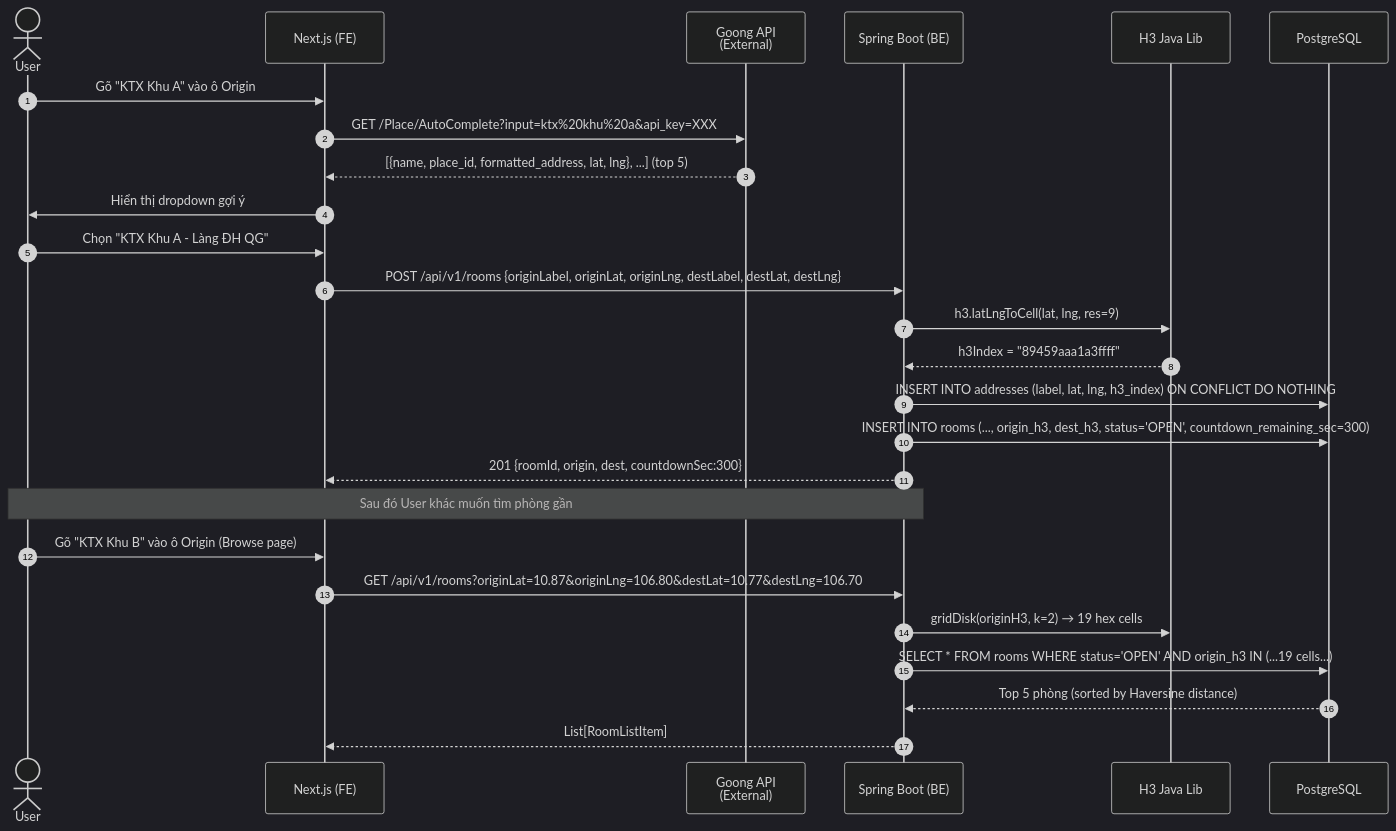
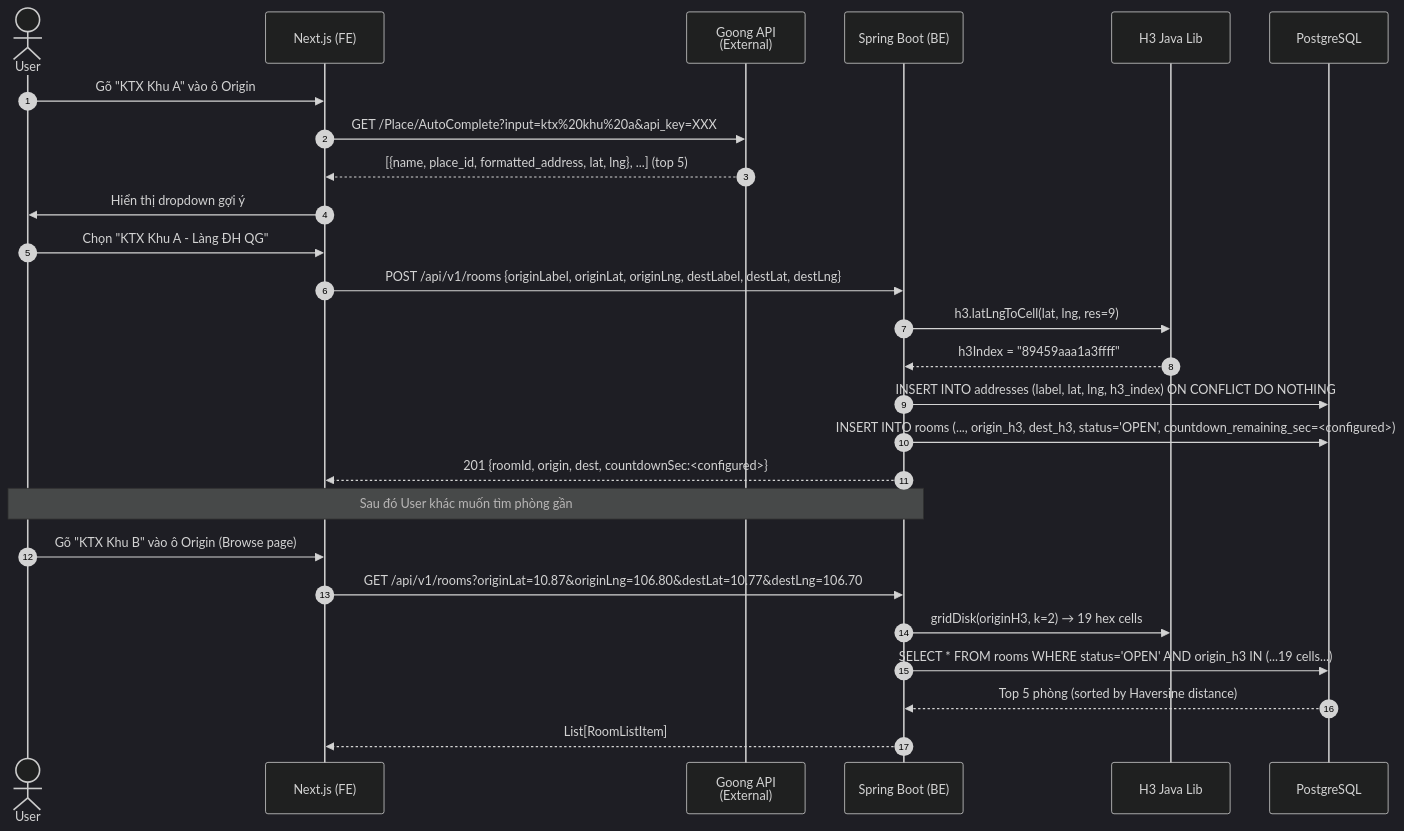
Before and after one commit to Quoocshi/Grab_Future_Hackathon_Team_F: the sixth of 6 diagrams in docs/hub-ride-architecture.md, drawn with Mermaid (dark theme). The commit also changed other lines of this file, not shown here.

Commit message:
docs: Update countdown configuration to allow dynamic time settings for room service

````diff
--- a/docs/hub-ride-architecture.md
+++ b/docs/hub-ride-architecture.md
@@ -774,31 +775,31 @@
 ```mermaid
 sequenceDiagram
     autonumber
     actor User
     participant FE as Next.js (FE)
     participant Goong as Goong API<br/>(External)
     participant BE as Spring Boot (BE)
     participant H3 as H3 Java Lib
     participant PG as PostgreSQL
 
     User->>FE: Gõ "KTX Khu A" vào ô Origin
     FE->>Goong: GET /Place/AutoComplete?input=ktx%20khu%20a&api_key=XXX
     Goong-->>FE: [{name, place_id, formatted_address, lat, lng}, ...] (top 5)
     FE->>User: Hiển thị dropdown gợi ý
     User->>FE: Chọn "KTX Khu A - Làng ĐH QG"
     FE->>BE: POST /api/v1/rooms {originLabel, originLat, originLng, destLabel, destLat, destLng}
     BE->>H3: h3.latLngToCell(lat, lng, res=9)
     H3-->>BE: h3Index = "89459aaa1a3ffff"
     BE->>PG: INSERT INTO addresses (label, lat, lng, h3_index) ON CONFLICT DO NOTHING
-    BE->>PG: INSERT INTO rooms (..., origin_h3, dest_h3, status='OPEN', countdown_remaining_sec=300)
-    BE-->>FE: 201 {roomId, origin, dest, countdownSec:300}
+    BE->>PG: INSERT INTO rooms (..., origin_h3, dest_h3, status='OPEN', countdown_remaining_sec=<configured>)
+    BE-->>FE: 201 {roomId, origin, dest, countdownSec:<configured>}
 
     Note over User,BE: Sau đó User khác muốn tìm phòng gần
 
     User->>FE: Gõ "KTX Khu B" vào ô Origin (Browse page)
     FE->>BE: GET /api/v1/rooms?originLat=10.87&originLng=106.80&destLat=10.77&destLng=106.70
     BE->>H3: gridDisk(originH3, k=2) → 19 hex cells
     BE->>PG: SELECT * FROM rooms WHERE status='OPEN' AND origin_h3 IN (...19 cells...)
     PG-->>BE: Top 5 phòng (sorted by Haversine distance)
     BE-->>FE: List[RoomListItem]
 ```
````
